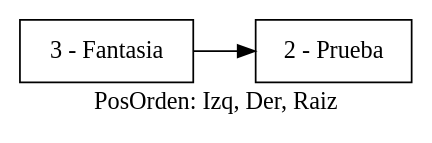
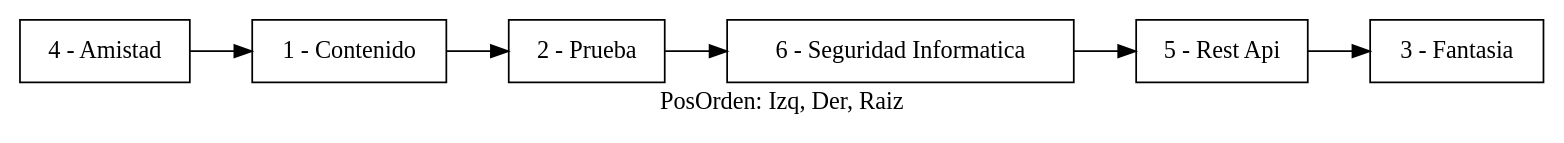
Before and after one commit to elJuanjoRamos/EDD_1S2020_PY2_201801262: the diagram in EDD_Proyecto2/AVLTreePosOrden.dot, drawn with Graphviz. The commit also changed 40 other files, not shown here.

```diff
--- a/EDD_Proyecto2/AVLTreePosOrden.dot
+++ b/EDD_Proyecto2/AVLTreePosOrden.dot
@@ -1,5 +1,13 @@
 digraph G {rankdir=LR;label="PosOrden: Izq, Der, Raiz";node[shape=box];
+nodo4 [ label ="4 - Amistad"];
+nodo1 [ label ="1 - Contenido"];
+nodo2 [ label ="2 - Prueba"];
+nodo6 [ label ="6 - Seguridad Informatica"];
+nodo5 [ label ="5 - Rest Api"];
 nodo3 [ label ="3 - Fantasia"];
-nodo2 [ label ="2 - Prueba"];
-nodo3-> nodo2
+nodo4-> nodo1
+nodo1-> nodo2
+nodo2-> nodo6
+nodo6-> nodo5
+nodo5-> nodo3
 }
```
